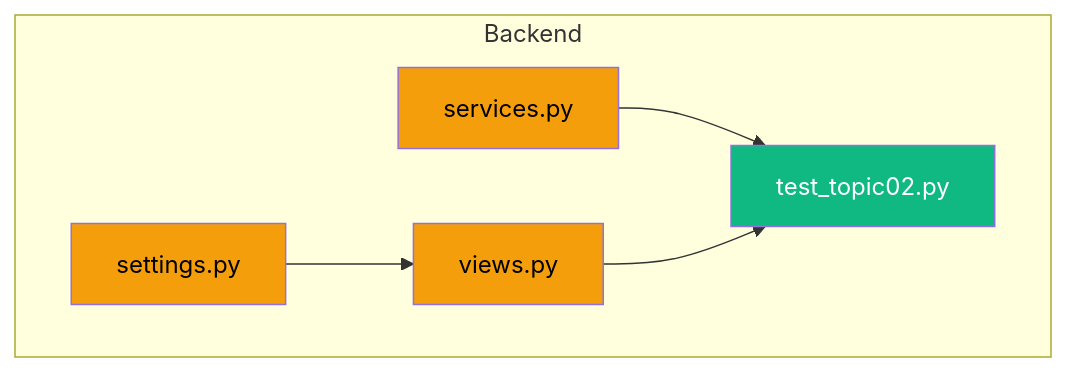
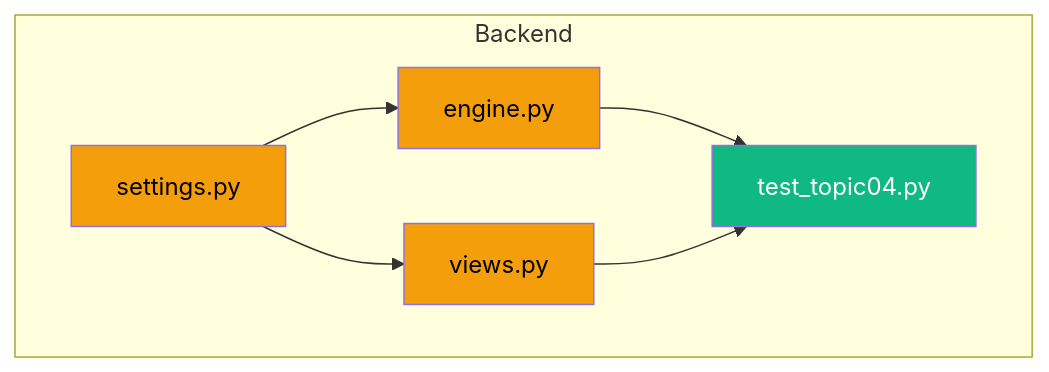
One commit to hongikarchi/archi-tinder changed the fourth of 4 diagrams in .claude/Report.md. Above: the diagram before and after it, drawn with Mermaid. The commit also changed other lines of this file and 2 other files, not shown here.

First line of the commit message:
docs: mark TOPIC04 resolved + sync research/algorithm.md (Topic 04 narrow exception)

````diff
--- a/.claude/Report.md
+++ b/.claude/Report.md
@@ -192,15 +194,16 @@
 ```mermaid
 graph TD
     subgraph Backend
-        services.py:::modified
+        engine.py:::modified
         views.py:::modified
         settings.py:::modified
-        test_topic02.py:::new
+        test_topic04.py:::new
     end
-    services.py --> test_topic02.py
-    views.py --> test_topic02.py
+    engine.py --> test_topic04.py
+    views.py --> test_topic04.py
+    settings.py --> engine.py
     settings.py --> views.py
 
     classDef new fill:#10b981,color:#fff
     classDef modified fill:#f59e0b,color:#000
 ```
````
